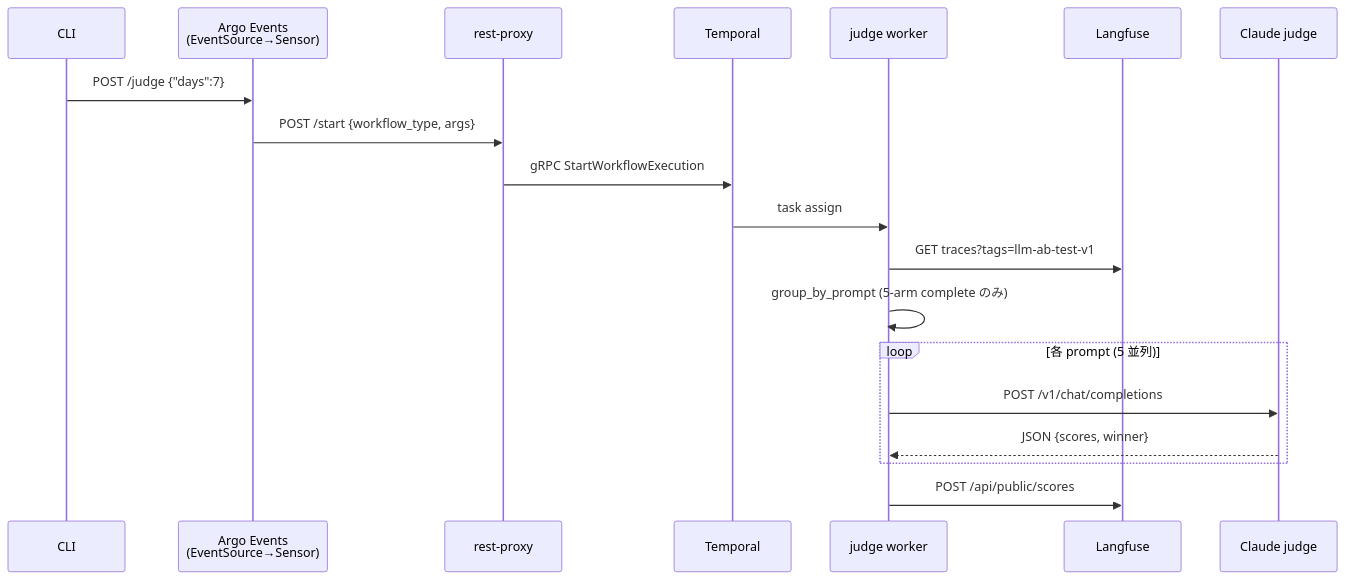
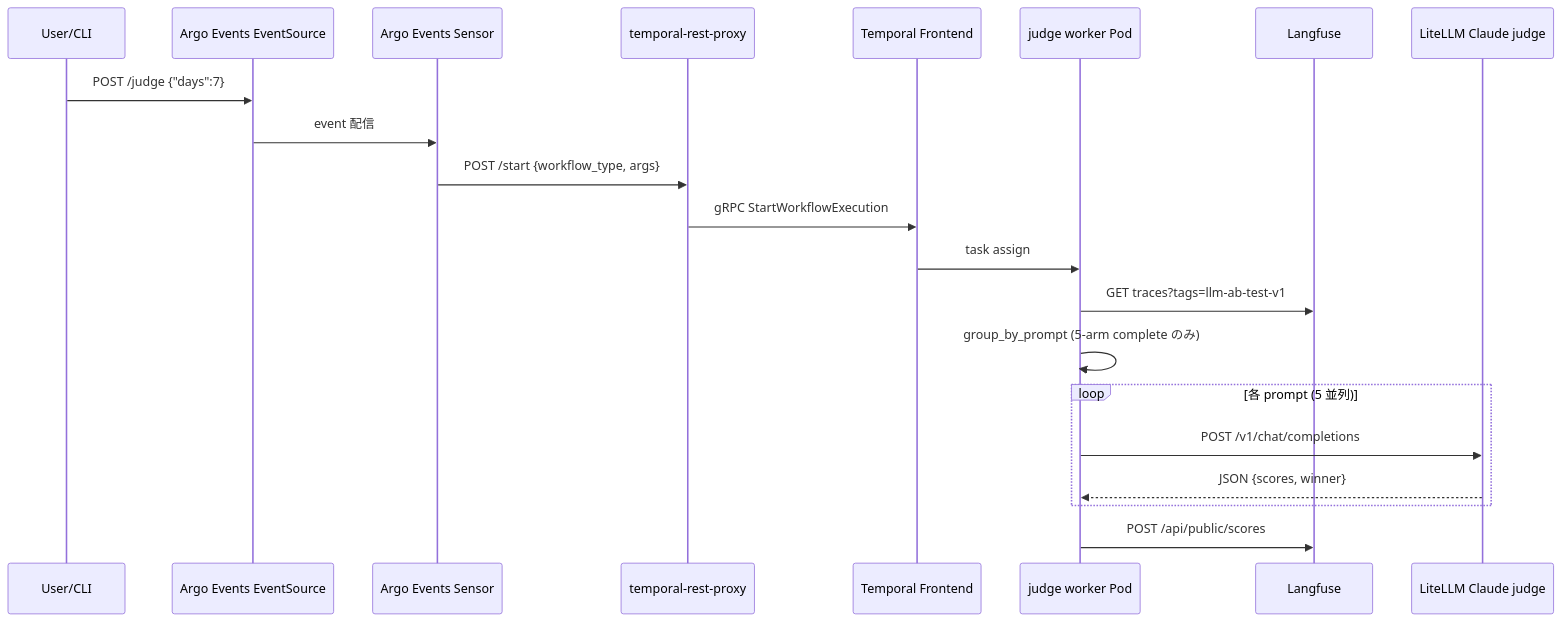
The second of 2 diagrams in articles/010-llm-ab-test-4-oss-models-eks-litellm-keda.md (shinichitazawa/zenn-articles), drawn with Mermaid before and after one commit. The commit also changed other lines of this file and 12 other files, not shown here.

````diff
--- a/articles/010-llm-ab-test-4-oss-models-eks-litellm-keda.md
+++ b/articles/010-llm-ab-test-4-oss-models-eks-litellm-keda.md
@@ -331,22 +331,24 @@
 ```mermaid
 sequenceDiagram
-  participant U as CLI
-  participant AE as Argo Events<br/>(EventSource→Sensor)
-  participant TP as rest-proxy
-  participant TF as Temporal
-  participant W as judge worker
+  participant U as User/CLI
+  participant ES as Argo Events EventSource
+  participant SN as Argo Events Sensor
+  participant TP as temporal-rest-proxy
+  participant TF as Temporal Frontend
+  participant W as judge worker Pod
   participant LF as Langfuse
-  participant LL as Claude judge
+  participant LL as LiteLLM Claude judge
 
-  U->>AE: POST /judge {"days":7}
-  AE->>TP: POST /start {workflow_type, args}
+  U->>ES: POST /judge {"days":7}
+  ES->>SN: event 配信
+  SN->>TP: POST /start {workflow_type, args}
   TP->>TF: gRPC StartWorkflowExecution
   TF->>W: task assign
   W->>LF: GET traces?tags=llm-ab-test-v1
   W->>W: group_by_prompt (5-arm complete のみ)
   loop 各 prompt (5 並列)
     W->>LL: POST /v1/chat/completions
     LL-->>W: JSON {scores, winner}
   end
   W->>LF: POST /api/public/scores
 ```
````
